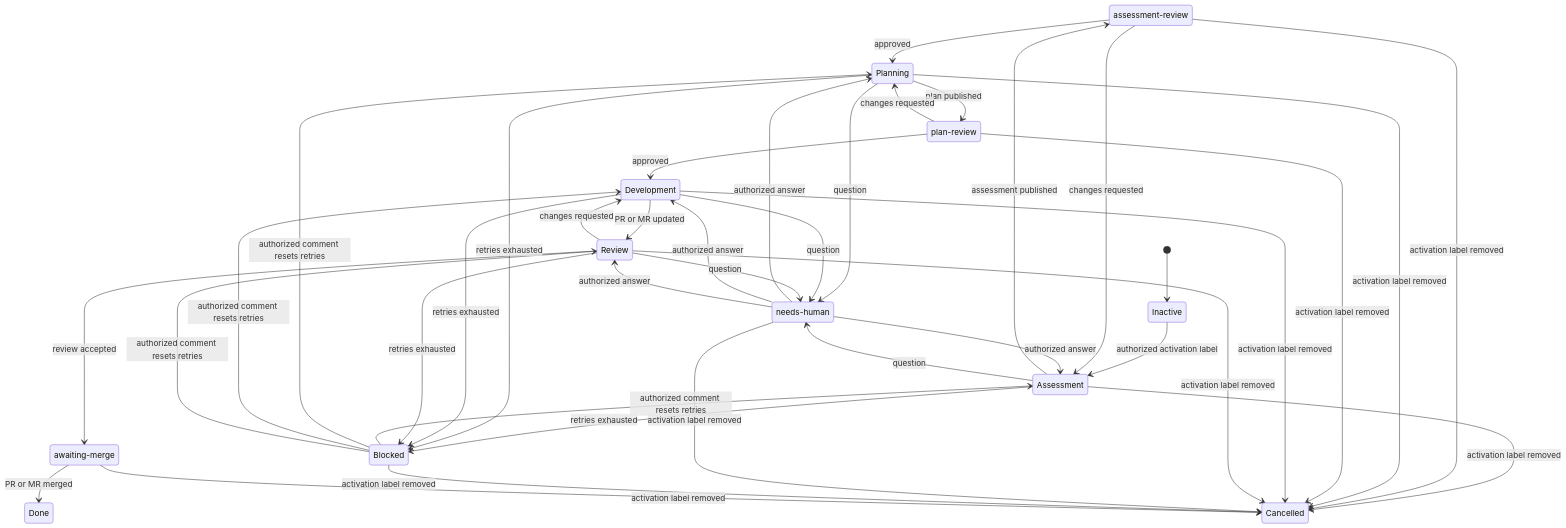
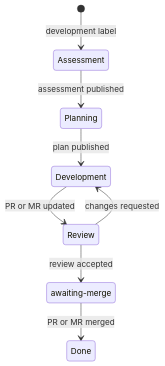
The first of 3 diagrams in docs/agent-flow-architecture.md (denifilatoff/agent-flow), drawn with Mermaid before and after one commit. The commit also changed other lines of this file, not shown here.

Commit message:
docs(architecture): split flow transition diagrams

````diff
--- a/docs/agent-flow-architecture.md
+++ b/docs/agent-flow-architecture.md
@@ -266,48 +269,12 @@
 ```mermaid
 stateDiagram-v2
-    state "assessment-review" as AssessmentReview
-    state "plan-review" as PlanReview
-    state "needs-human" as NeedsHuman
     state "awaiting-merge" as AwaitingMerge
 
-    [*] --> Inactive
-    Inactive --> Assessment: authorized activation label
-    Assessment --> AssessmentReview: assessment published
-    AssessmentReview --> Planning: approved
-    AssessmentReview --> Assessment: changes requested
-    Planning --> PlanReview: plan published
-    PlanReview --> Development: approved
-    PlanReview --> Planning: changes requested
+    [*] --> Assessment: development label
+    Assessment --> Planning: assessment published
+    Planning --> Development: plan published
     Development --> Review: PR or MR updated
     Review --> Development: changes requested
     Review --> AwaitingMerge: review accepted
     AwaitingMerge --> Done: PR or MR merged
-
-    Assessment --> NeedsHuman: question
-    Planning --> NeedsHuman: question
-    Development --> NeedsHuman: question
-    Review --> NeedsHuman: question
-    NeedsHuman --> Assessment: authorized answer
-    NeedsHuman --> Planning: authorized answer
-    NeedsHuman --> Development: authorized answer
-    NeedsHuman --> Review: authorized answer
-
-    Assessment --> Blocked: retries exhausted
-    Planning --> Blocked: retries exhausted
-    Development --> Blocked: retries exhausted
-    Review --> Blocked: retries exhausted
-    Blocked --> Assessment: authorized comment resets retries
-    Blocked --> Planning: authorized comment resets retries
-    Blocked --> Development: authorized comment resets retries
-    Blocked --> Review: authorized comment resets retries
-
-    Assessment --> Cancelled: activation label removed
-    AssessmentReview --> Cancelled: activation label removed
-    Planning --> Cancelled: activation label removed
-    PlanReview --> Cancelled: activation label removed
-    Development --> Cancelled: activation label removed
-    Review --> Cancelled: activation label removed
-    NeedsHuman --> Cancelled: activation label removed
-    Blocked --> Cancelled: activation label removed
-    AwaitingMerge --> Cancelled: activation label removed
 ```
````
